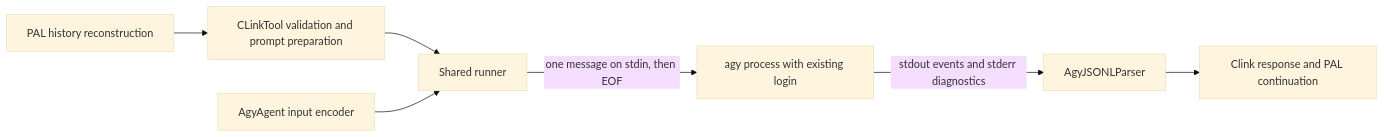
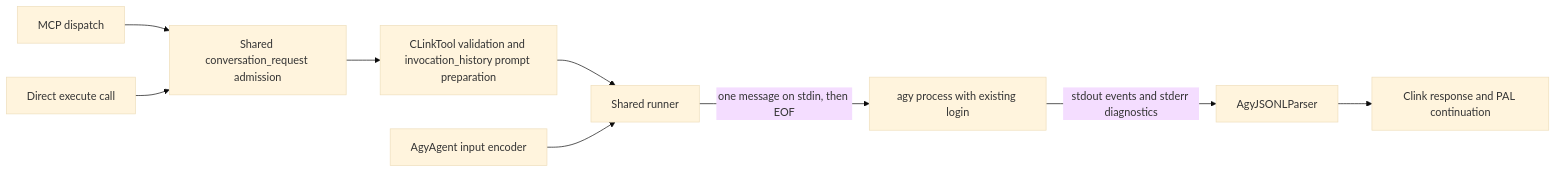
One commit to serpro69/pal-mcp-server changed the diagram in docs/feat/wip/antigravity-clink/design.md. Above: the diagram before and after it, drawn with Mermaid (base theme). The commit also changed other lines of this file and 3 other files, not shown here.

````diff
--- a/docs/feat/wip/antigravity-clink/design.md
+++ b/docs/feat/wip/antigravity-clink/design.md
@@ -57,9 +72,11 @@
 ```mermaid
 flowchart LR
-    P[PAL history reconstruction] --> T[CLinkTool validation and prompt preparation]
+    M[MCP dispatch] --> P[Shared conversation_request admission]
+    D[Direct execute call] --> P
+    P --> T[CLinkTool validation and invocation_history prompt preparation]
     T --> R[Shared runner]
     A[AgyAgent input encoder] --> R
     R -->|one message on stdin, then EOF| C[agy process with existing login]
     C -->|stdout events and stderr diagnostics| J[AgyJSONLParser]
     J --> O[Clink response and PAL continuation]
 ```
````
